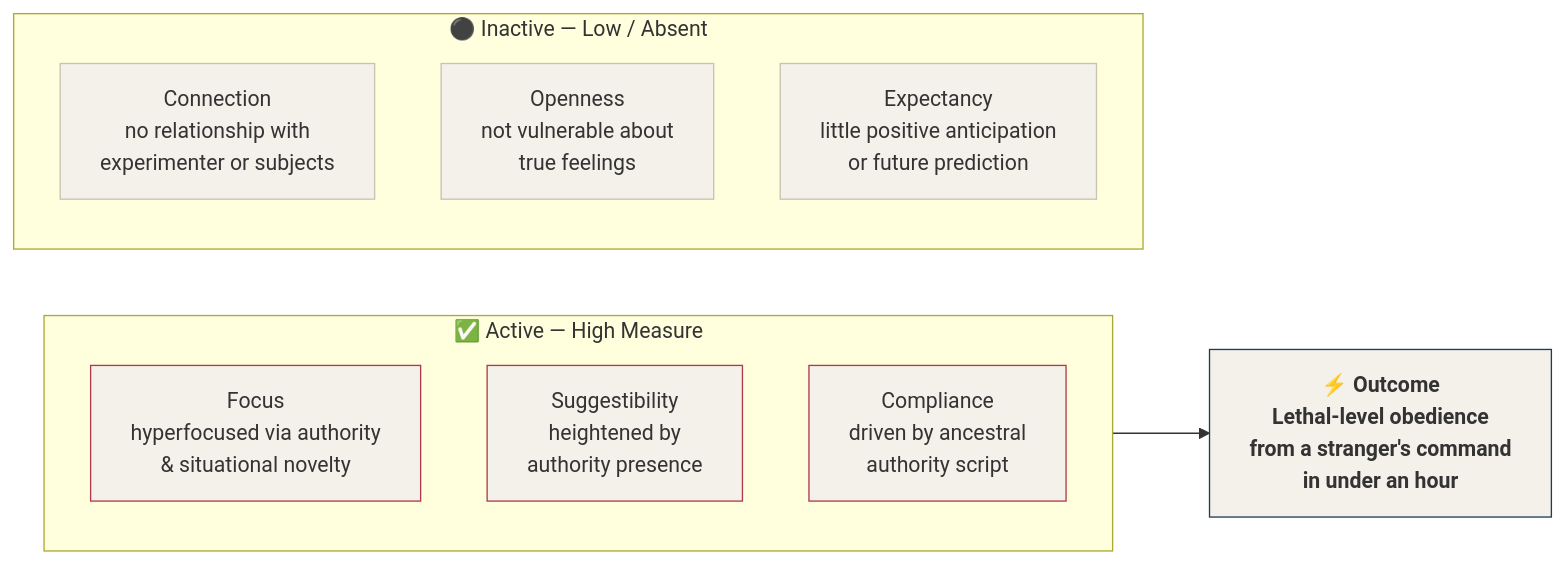
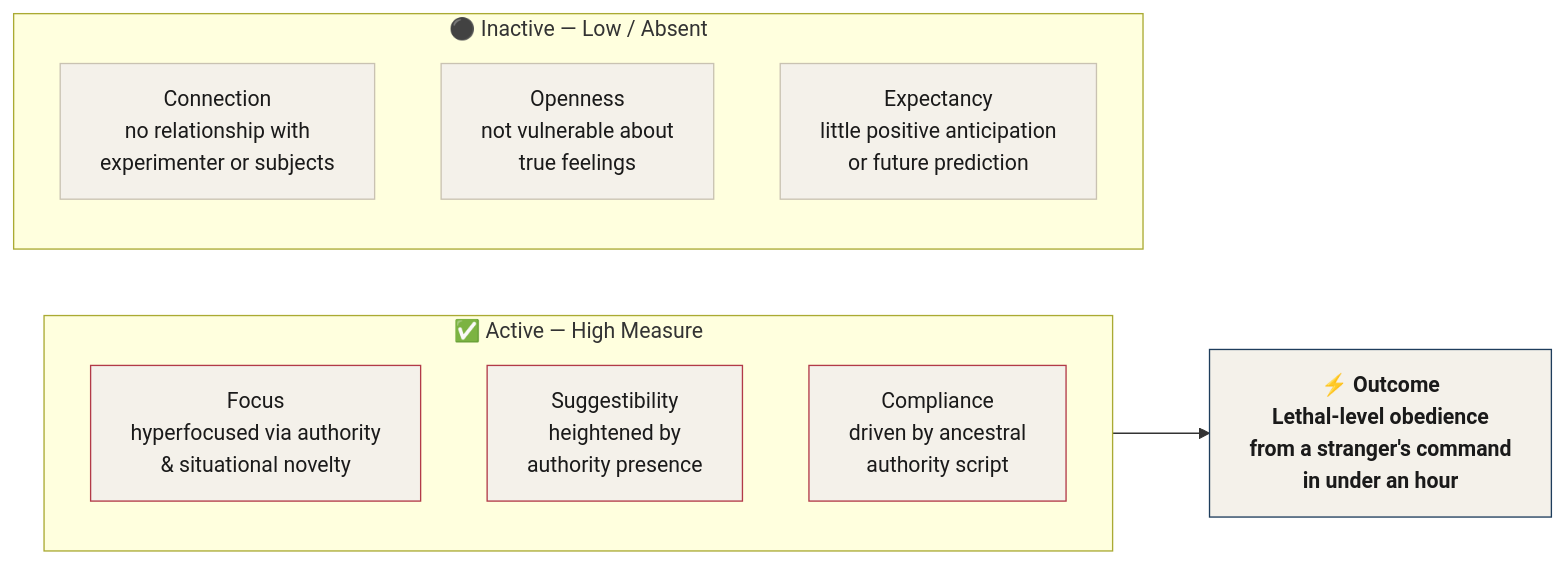
The diagram in chapters/chapter-05.md (Joshi004/book-read), drawn with Mermaid before and after one commit. The commit also changed 7 other files, not shown here.

First line of the commit message:
Enhance Mermaid diagram styles for dark mode compatibility across chapters

````diff
--- a/chapters/chapter-05.md
+++ b/chapters/chapter-05.md
@@ -68,22 +68,22 @@
 ```mermaid
 flowchart LR
     subgraph active["✅ Active — High Measure"]
         F["Focus\nhyperfocused via authority\n& situational novelty"]
         S["Suggestibility\nheightened by\nauthority presence"]
         C["Compliance\ndriven by ancestral\nauthority script"]
     end
     subgraph inactive["⚫ Inactive — Low / Absent"]
         CN["Connection\nno relationship with\nexperimenter or subjects"]
         O["Openness\nnot vulnerable about\ntrue feelings"]
         E["Expectancy\nlittle positive anticipation\nor future prediction"]
     end
     active --> R["⚡ Outcome\nLethal-level obedience\nfrom a stranger's command\nin under an hour"]
 
-    style F  fill:#F4F1EA,stroke:#B23A48
-    style S  fill:#F4F1EA,stroke:#B23A48
-    style C  fill:#F4F1EA,stroke:#B23A48
-    style CN fill:#F4F1EA,stroke:#C9C2B2
-    style O  fill:#F4F1EA,stroke:#C9C2B2
-    style E  fill:#F4F1EA,stroke:#C9C2B2
-    style R  fill:#F4F1EA,stroke:#1E3D5C,font-weight:bold
+    style F  fill:#F4F1EA,stroke:#B23A48,color:#1A1A1A
+    style S  fill:#F4F1EA,stroke:#B23A48,color:#1A1A1A
+    style C  fill:#F4F1EA,stroke:#B23A48,color:#1A1A1A
+    style CN fill:#F4F1EA,stroke:#C9C2B2,color:#1A1A1A
+    style O  fill:#F4F1EA,stroke:#C9C2B2,color:#1A1A1A
+    style E  fill:#F4F1EA,stroke:#C9C2B2,color:#1A1A1A
+    style R  fill:#F4F1EA,stroke:#1E3D5C,color:#1A1A1A,font-weight:bold
 ```
````
